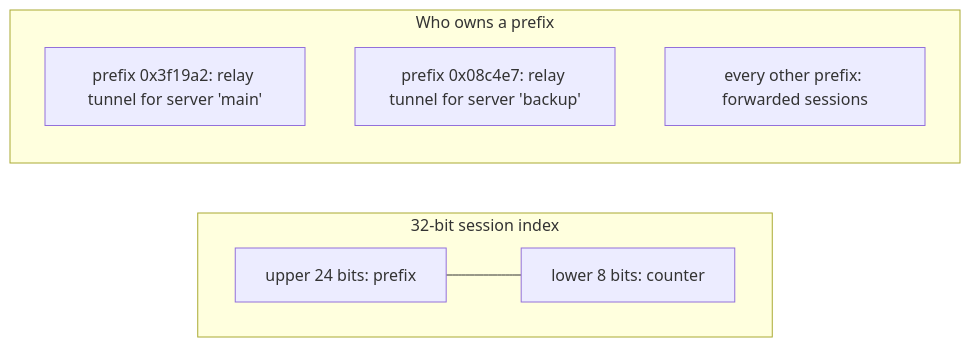
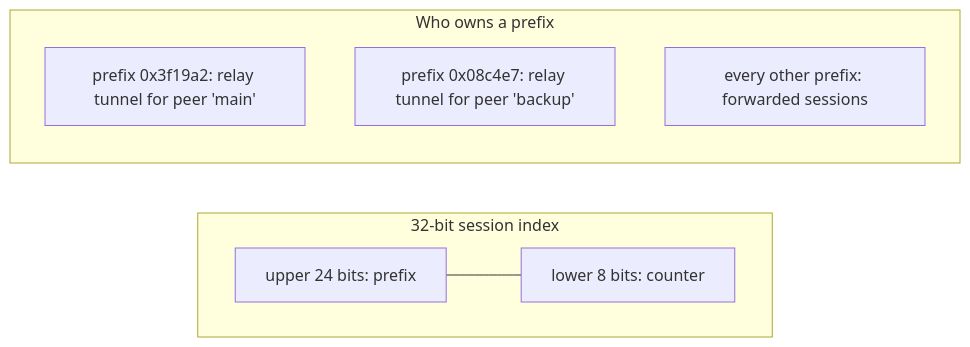
Diagram 16 of 22 in docs/how-it-works.md (3alpha/wg-relay), drawn with Mermaid before and after one commit. The commit also changed other lines of this file and 16 other files, not shown here.

````diff
--- a/docs/how-it-works.md
+++ b/docs/how-it-works.md
@@ -508,12 +501,12 @@
 ```mermaid
 flowchart LR
     subgraph idx["32-bit session index"]
         direction LR
         PFX["upper 24 bits: prefix"] --- CNT["lower 8 bits: counter"]
     end
     subgraph owners["Who owns a prefix"]
-        T1["prefix 0x3f19a2: relay tunnel for server 'main'"]
-        T2["prefix 0x08c4e7: relay tunnel for server 'backup'"]
+        T1["prefix 0x3f19a2: relay tunnel for peer 'main'"]
+        T2["prefix 0x08c4e7: relay tunnel for peer 'backup'"]
         F["every other prefix: forwarded sessions"]
     end
 ```
````
